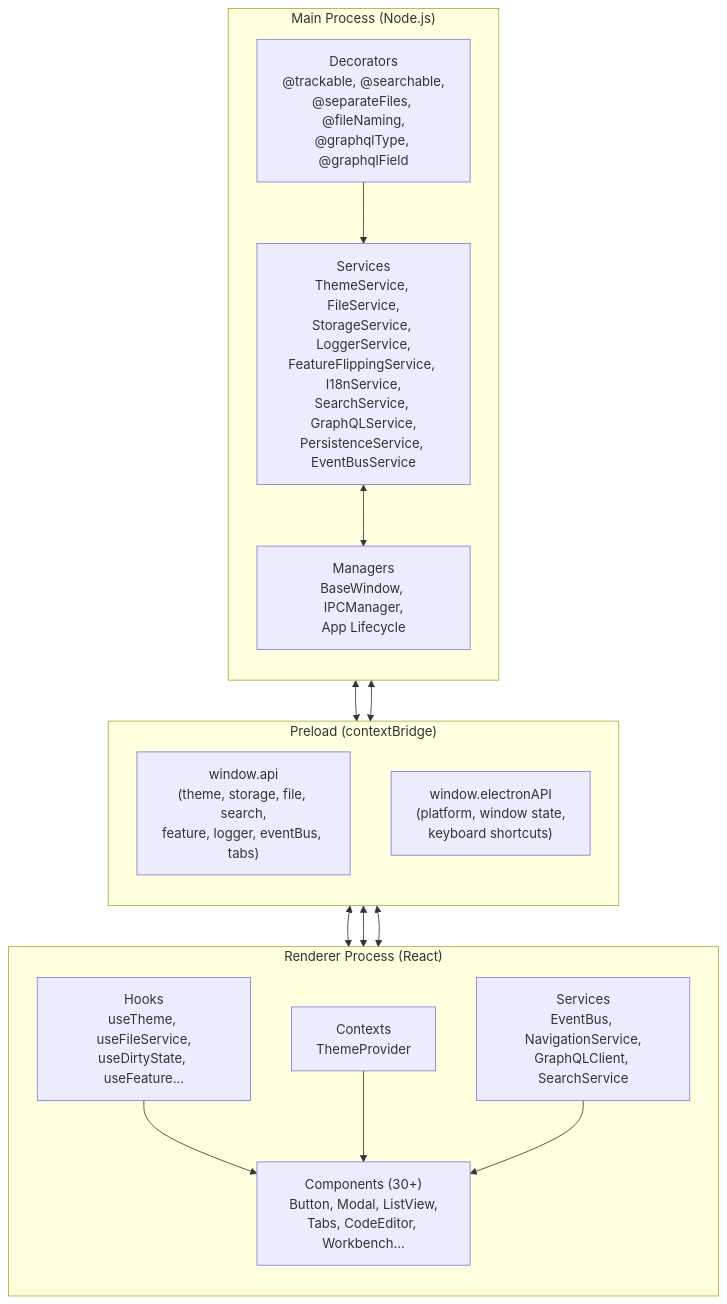
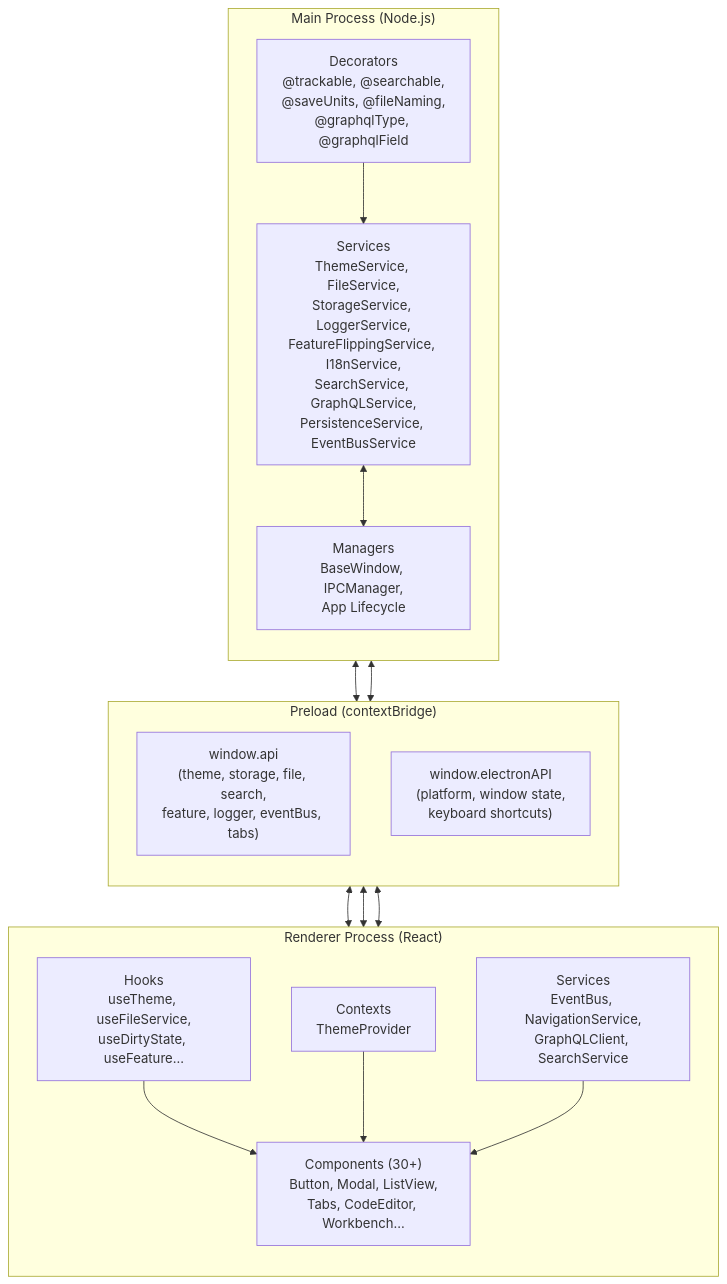
Before and after one commit to Monsieur-Dev/restorm: the diagram in electron-core-ui/docs/Architecture/README.md, drawn with Mermaid. The commit also changed other lines of this file and 420 other files, not shown here.

````diff
--- a/electron-core-ui/docs/Architecture/README.md
+++ b/electron-core-ui/docs/Architecture/README.md
@@ -7,34 +7,34 @@
 ```mermaid
 graph TB
     subgraph "Main Process (Node.js)"
         direction TB
         Services["Services<br/>ThemeService, FileService,<br/>StorageService, LoggerService,<br/>FeatureFlippingService, I18nService,<br/>SearchService, GraphQLService,<br/>PersistenceService, EventBusService"]
         Managers["Managers<br/>BaseWindow, IPCManager,<br/>App Lifecycle"]
-        Decorators["Decorators<br/>@trackable, @searchable,<br/>@separateFiles, @fileNaming,<br/>@graphqlType, @graphqlField"]
+        Decorators["Decorators<br/>@trackable, @searchable,<br/>@saveUnits, @fileNaming,<br/>@graphqlType, @graphqlField"]
     end
 
     subgraph "Preload (contextBridge)"
         direction TB
         API["window.api<br/>(theme, storage, file, search,<br/>feature, logger, eventBus, tabs)"]
         ElectronAPI["window.electronAPI<br/>(platform, window state,<br/>keyboard shortcuts)"]
     end
 
     subgraph "Renderer Process (React)"
         direction TB
         Components["Components (30+)<br/>Button, Modal, ListView,<br/>Tabs, CodeEditor, Workbench..."]
         Hooks["Hooks<br/>useTheme, useFileService,<br/>useDirtyState, useFeature..."]
         RServices["Services<br/>EventBus, NavigationService,<br/>GraphQLClient, SearchService"]
         Contexts["Contexts<br/>ThemeProvider"]
     end
 
     Services <--> Managers
     Decorators --> Services
     Managers <--> API
     Managers <--> ElectronAPI
     API <--> Hooks
     API <--> RServices
     ElectronAPI <--> Hooks
     Hooks --> Components
     Contexts --> Components
     RServices --> Components
 ```
````
